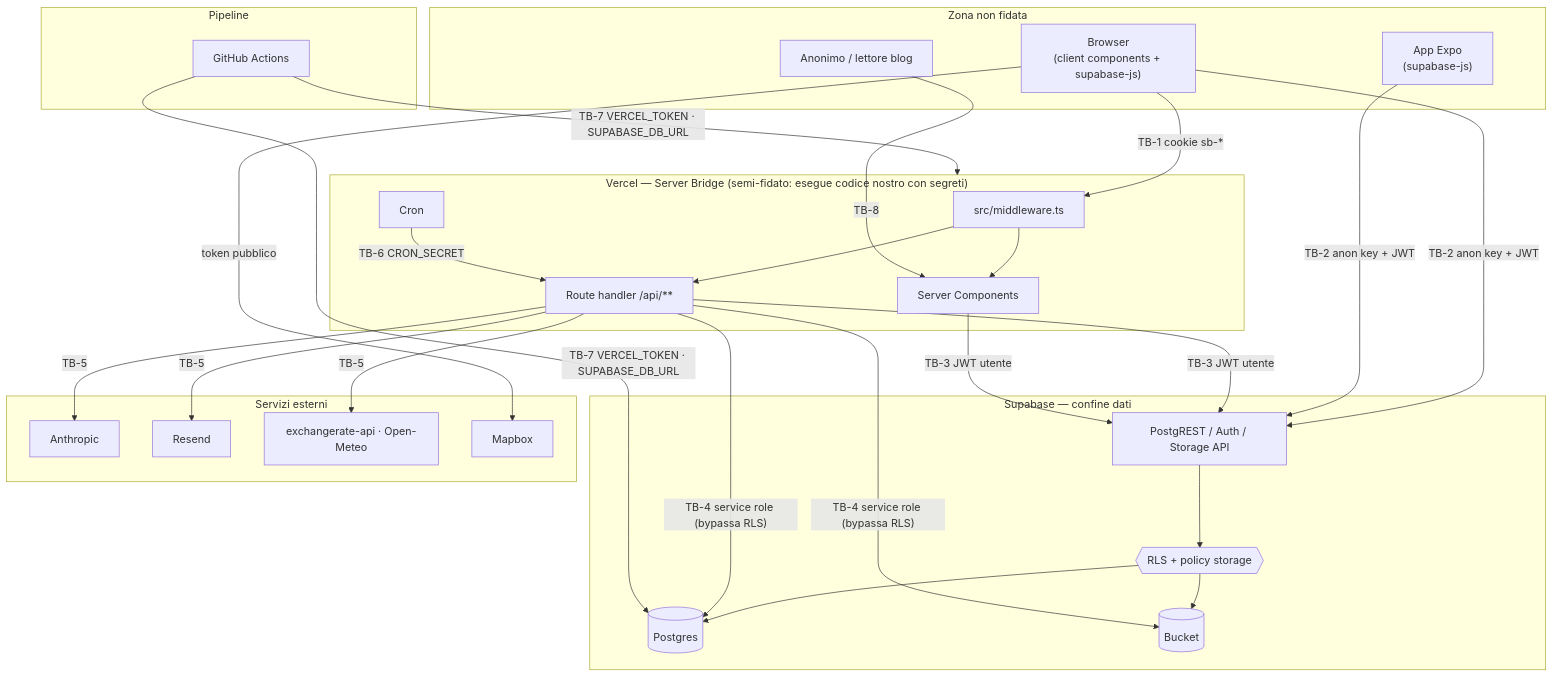
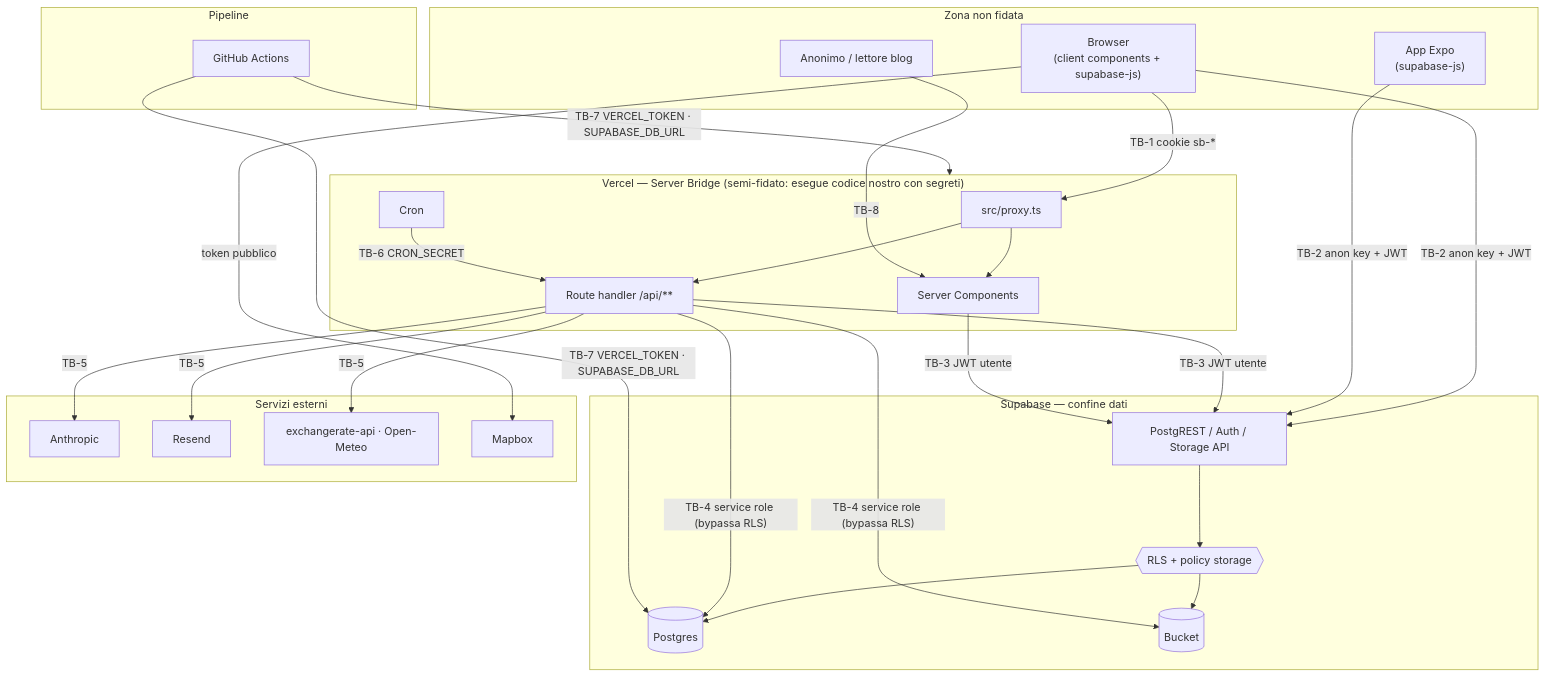
Before and after one commit to NicoloCalandri/motonui: the diagram in docs/security/03-SECURITY-ARCHITECTURE.md, drawn with Mermaid. The commit also changed other lines of this file and 13 other files, not shown here.

First line of the commit message:
refactor(frontend): rename middleware to proxy for Next.js 16

````diff
--- a/docs/security/03-SECURITY-ARCHITECTURE.md
+++ b/docs/security/03-SECURITY-ARCHITECTURE.md
@@ -9,46 +9,46 @@
 ```mermaid
 flowchart TB
     subgraph U["Zona non fidata"]
         B["Browser<br/>(client components + supabase-js)"]
         M["App Expo<br/>(supabase-js)"]
         ANON["Anonimo / lettore blog"]
     end
 
     subgraph V["Vercel — Server Bridge (semi-fidato: esegue codice nostro con segreti)"]
-        MW["src/middleware.ts"]
+        MW["src/proxy.ts"]
         RH["Route handler /api/**"]
         SC["Server Components"]
         CR["Cron"]
     end
 
     subgraph S["Supabase — confine dati"]
         GW["PostgREST / Auth / Storage API"]
         RLS{{"RLS + policy storage"}}
         DB[("Postgres")]
         BK[("Bucket")]
     end
 
     subgraph X["Servizi esterni"]
         AN["Anthropic"]
         RS["Resend"]
         FX["exchangerate-api · Open-Meteo"]
         MB["Mapbox"]
     end
 
     subgraph CI["Pipeline"]
         GH["GitHub Actions"]
     end
 
     B -- "TB-1 cookie sb-*" --> MW --> RH & SC
     ANON -- "TB-8" --> SC
     B -- "TB-2 anon key + JWT" --> GW
     M -- "TB-2 anon key + JWT" --> GW
     RH -- "TB-3 JWT utente" --> GW
     SC -- "TB-3 JWT utente" --> GW
     GW --> RLS --> DB & BK
     RH -- "TB-4 service role (bypassa RLS)" --> DB & BK
     RH -- "TB-5" --> AN & RS & FX
     B -- "token pubblico" --> MB
     CR -- "TB-6 CRON_SECRET" --> RH
     GH -- "TB-7 VERCEL_TOKEN · SUPABASE_DB_URL" --> V & DB
 ```
````
